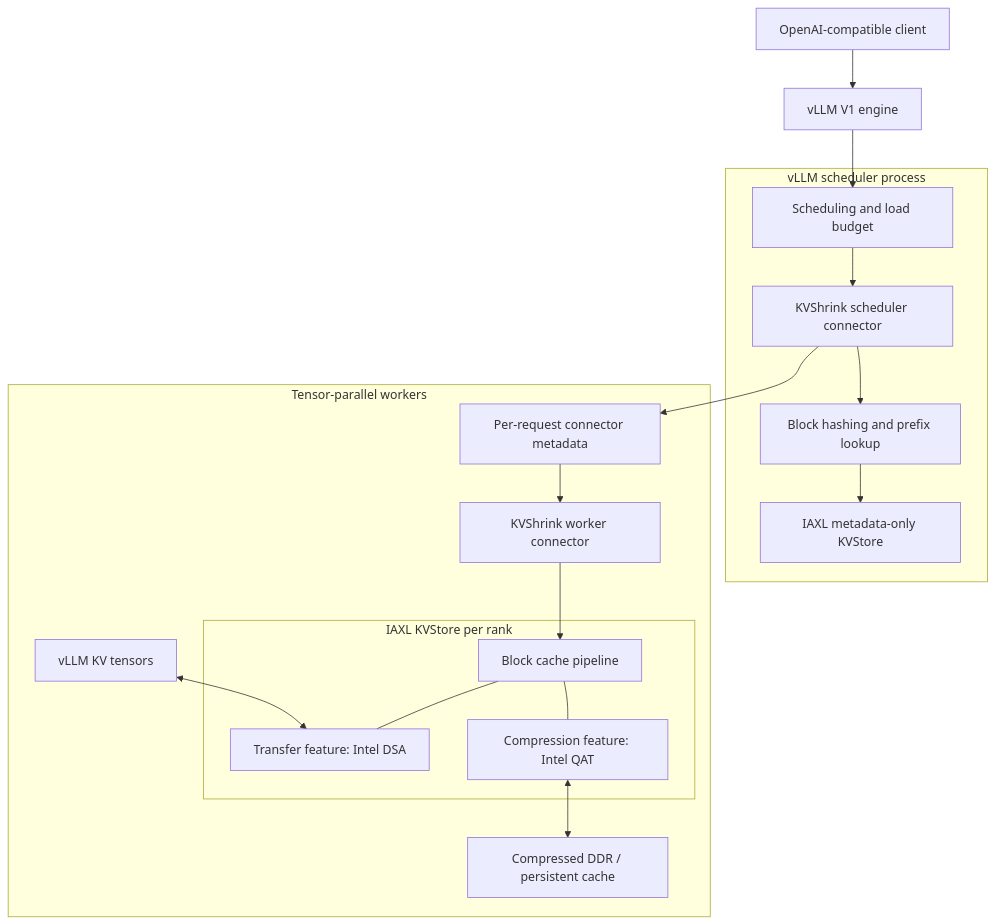
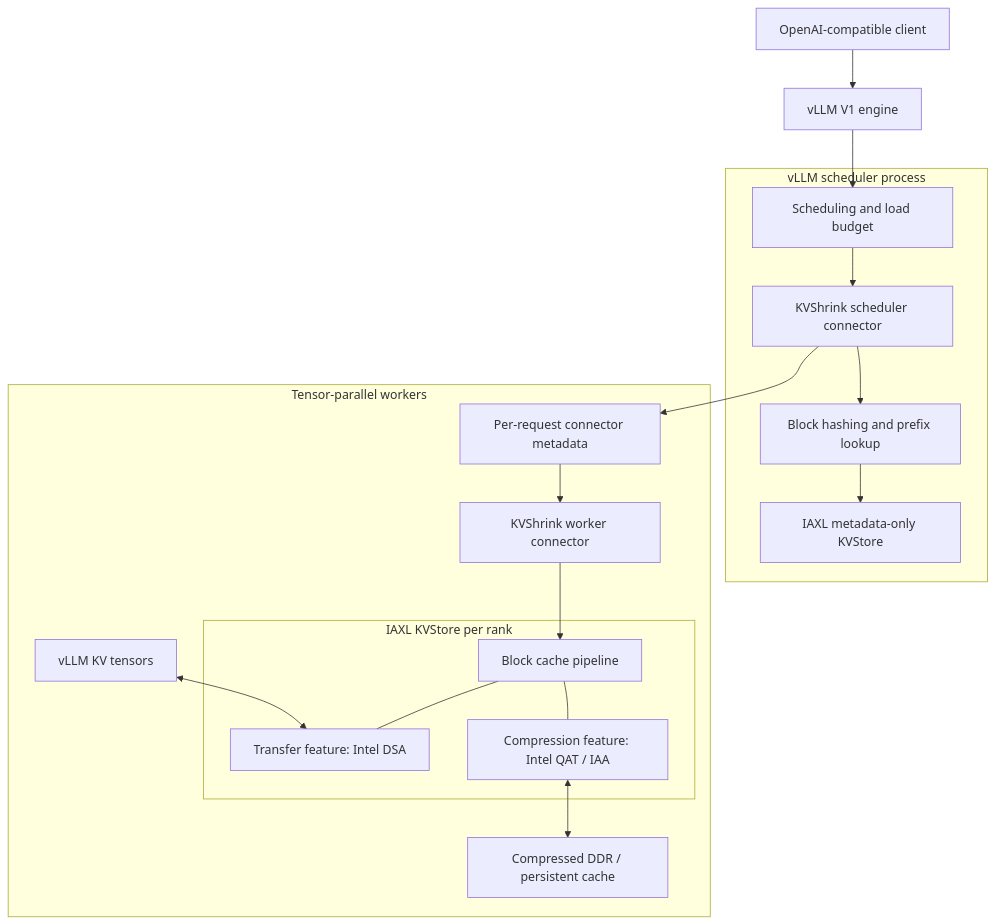
The first of 3 diagrams in doc/design/kvshrink.md (byang-intel/intel-accel-for-llm), drawn with Mermaid before and after one commit. The commit also changed other lines of this file and 2 other files, not shown here.

First line of the commit message:
doc: add remote pool design and cover Intel IAA

````diff
--- a/doc/design/kvshrink.md
+++ b/doc/design/kvshrink.md
@@ -11,29 +11,29 @@
 ```mermaid
 flowchart TD
     Client["OpenAI-compatible client"] --> Engine["vLLM V1 engine"]
 
     subgraph Scheduler["vLLM scheduler process"]
         Policy["Scheduling and load budget"] --> SConn["KVShrink scheduler connector"]
         SConn --> Hash["Block hashing and prefix lookup"]
         Hash --> Index["IAXL metadata-only KVStore"]
     end
 
     Engine --> Policy
     SConn --> Meta["Per-request connector metadata"]
 
     subgraph Workers["Tensor-parallel workers"]
         Meta --> WConn["KVShrink worker connector"]
 
         subgraph Store["IAXL KVStore per rank"]
             Core["Block cache pipeline"]
             DSA["Transfer feature: Intel DSA"]
-            QAT["Compression feature: Intel QAT"]
+            QAT["Compression feature: Intel QAT / IAA"]
             Core --- DSA
             Core --- QAT
         end
 
         WConn --> Core
         Device["vLLM KV tensors"] <--> DSA
         QAT <--> Host["Compressed DDR / persistent cache"]
     end
 ```
````
